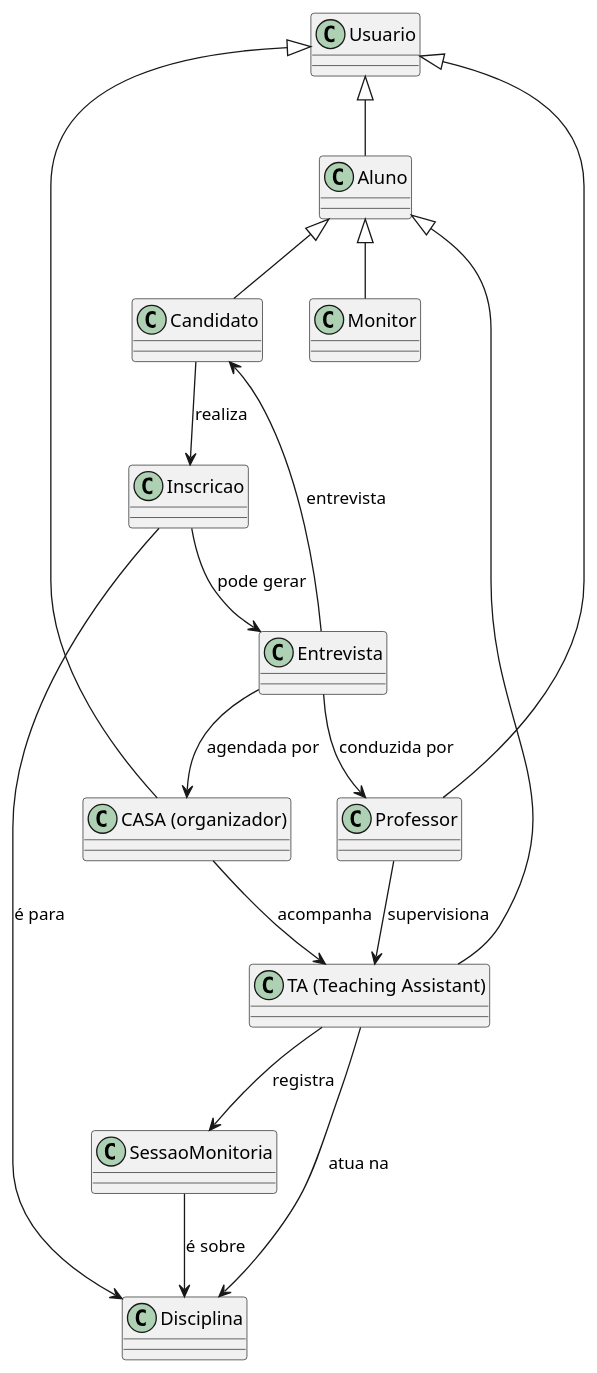
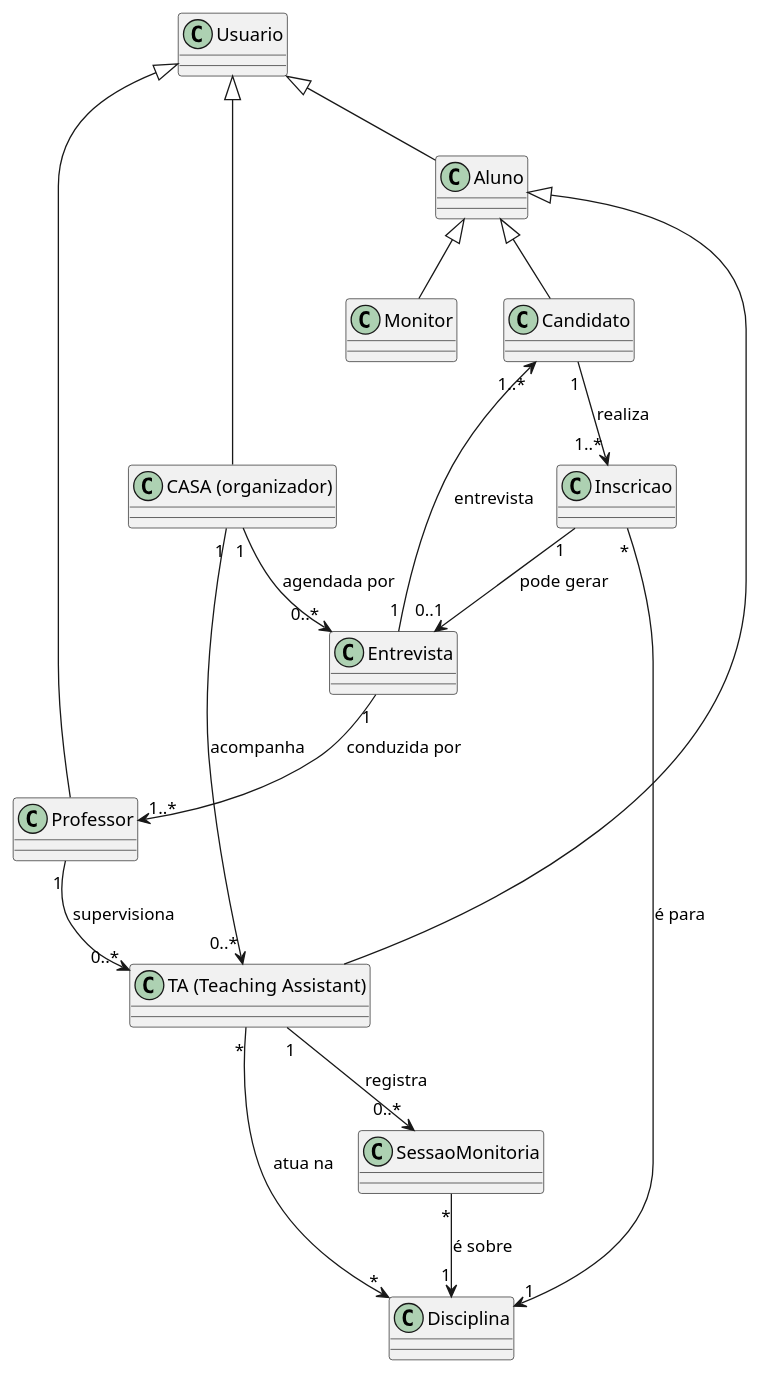
One commit to Projetos-de-Extensao/PBE_25.2_8004_Pioneiros changed the diagram in docs/Elaboracao/diagramaDeClasses.puml. Above: the diagram before and after it, drawn with PlantUML.

```diff
--- a/docs/Elaboracao/diagramaDeClasses.puml
+++ b/docs/Elaboracao/diagramaDeClasses.puml
@@ -1,43 +1,43 @@
-@startuml DiagramaDeClasses
+@startuml
 
 ' Definição das classes
 class Usuario
 class Aluno
 class Professor
 class "CASA (organizador)" as CASA
 class Candidato
 class Monitor
 class "TA (Teaching Assistant)" as TA
 class Disciplina
 class Inscricao
 class Entrevista
 class SessaoMonitoria
 
 ' Relacionamentos de Herança (Generalização)
 ' Um Aluno, Professor e CASA são tipos de Usuário.
 Usuario <|-- Aluno
 Usuario <|-- Professor
 Usuario <|-- CASA
 
 ' Candidato, Monitor e TA são papéis/especializações de um Aluno.
 Aluno <|-- Candidato
 Aluno <|-- Monitor
 Aluno <|-- TA
 
-' Relacionamentos de Associação
+' Relacionamentos de Associação com Multiplicidade
 ' O fluxo de inscrição e entrevista
-Candidato --> Inscricao : "realiza"
-Inscricao --> Disciplina : "é para"
-Inscricao --> Entrevista : "pode gerar"
-Entrevista --> Candidato : "entrevista"
-Entrevista --> Professor : "conduzida por"
-Entrevista --> CASA : "agendada por"
+Candidato "1" --> "1..*" Inscricao : realiza
+Inscricao "*" --> "1" Disciplina : é para
+Inscricao "1" --> "0..1" Entrevista : pode gerar
+Entrevista "1" --> "1..*" Candidato : entrevista
+Entrevista "1" --> "1..*" Professor : conduzida por
+CASA "1" --> "0..*" Entrevista : agendada por
 
 ' O fluxo de monitoria e acompanhamento
-TA --> Disciplina : "atua na"
-TA --> SessaoMonitoria : "registra"
-SessaoMonitoria --> Disciplina : "é sobre"
-Professor --> TA : "supervisiona"
-CASA --> TA : "acompanha"
+TA "*" --> "*" Disciplina : atua na
+TA "1" --> "0..*" SessaoMonitoria : registra
+SessaoMonitoria "*" --> "1" Disciplina : é sobre
+Professor "1" --> "0..*" TA : supervisiona
+CASA "1" --> "0..*" TA : acompanha
 
 @enduml
```
